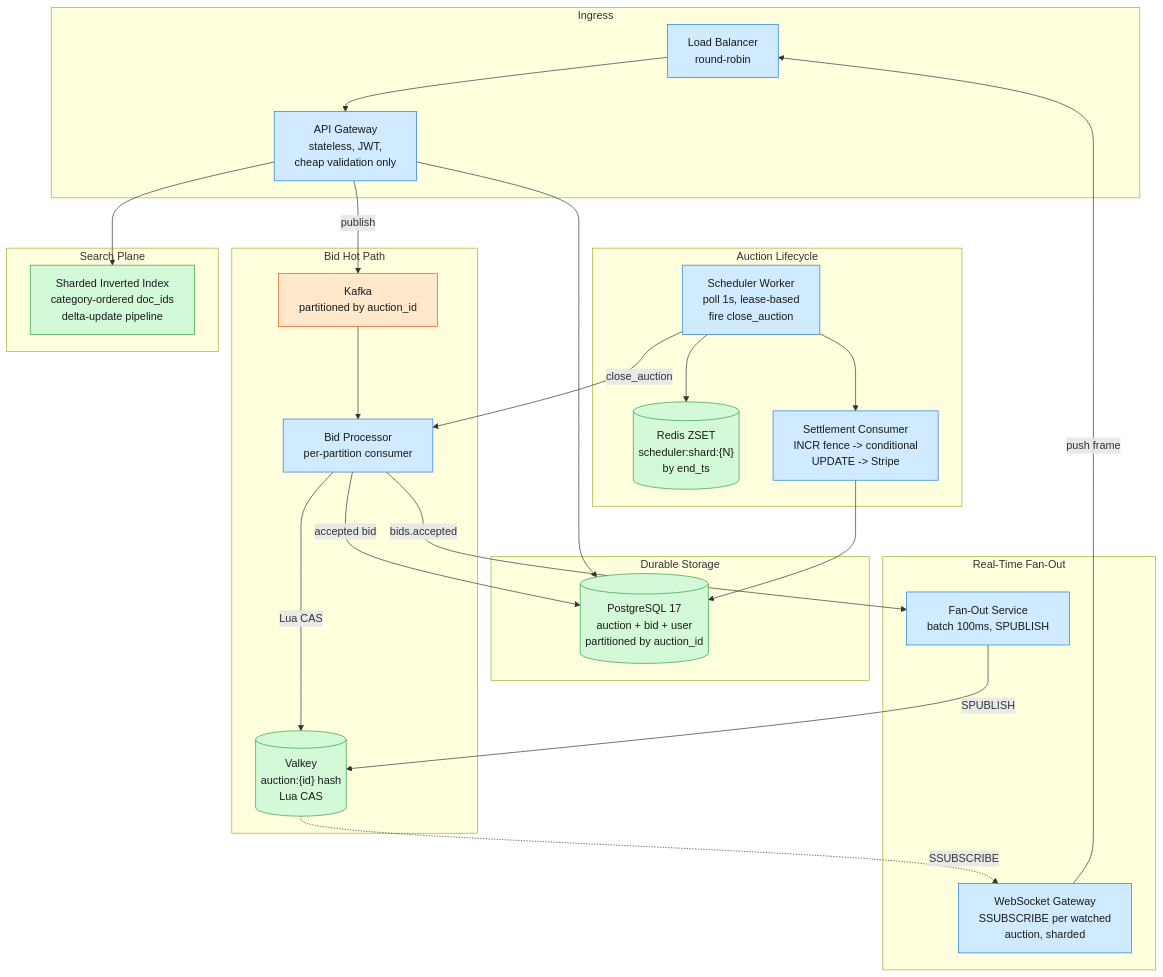
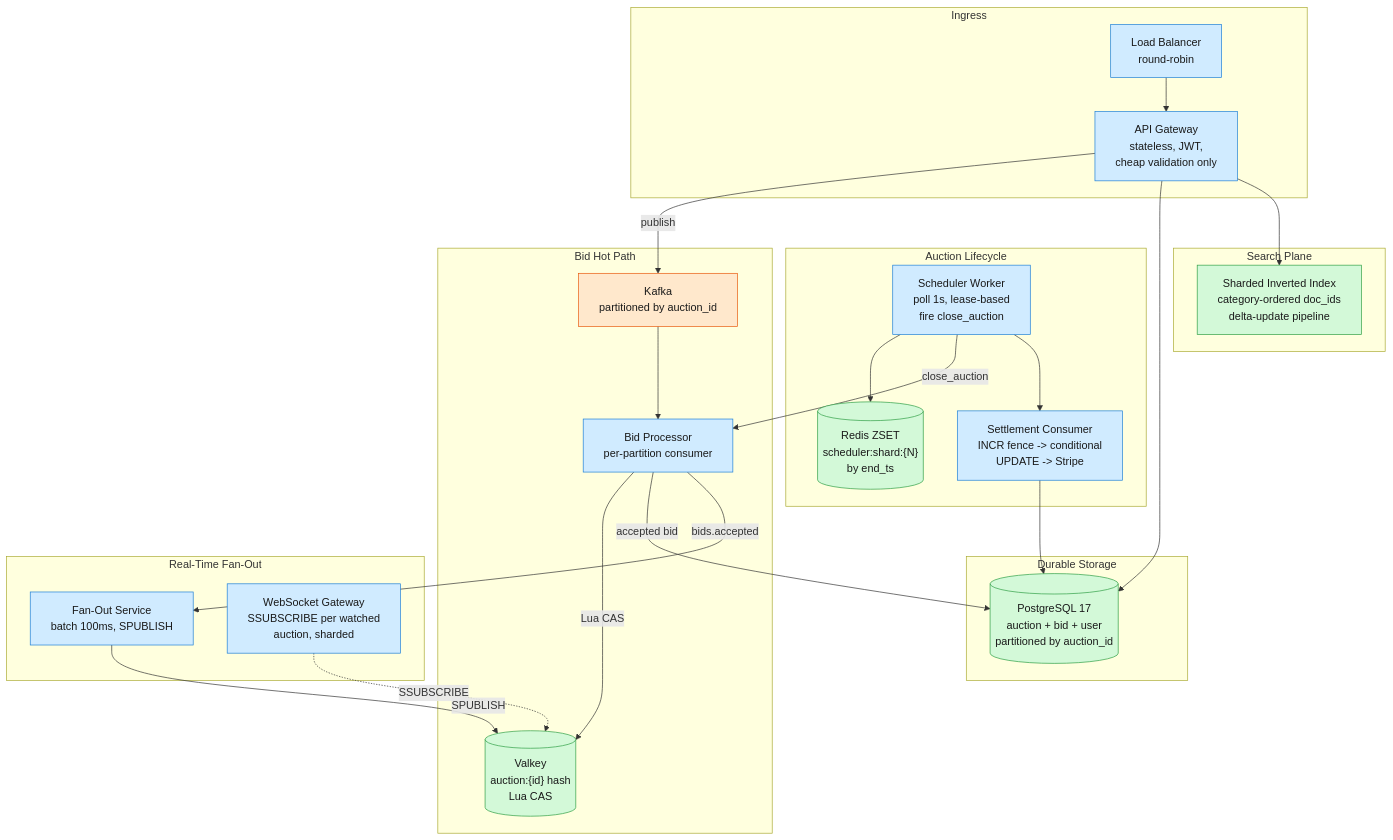
One commit to iliazlobin/iliazlobin.github.io changed the second of 2 diagrams in _posts/2026-07-01-online-auction.md. Above: the diagram before and after it, drawn with Mermaid. The commit also changed other lines of this file, not shown here.

````diff
--- a/_posts/2026-07-01-online-auction.md
+++ b/_posts/2026-07-01-online-auction.md
@@ -115,57 +117,56 @@
 ```mermaid
 graph TB
     subgraph Ingress["Ingress"]
         LB["Load Balancer<br/>round-robin"]
         API["API Gateway<br/>stateless, JWT,<br/>cheap validation only"]
     end
 
     subgraph HotPath["Bid Hot Path"]
         K["Kafka<br/>partitioned by auction_id"]
         BP["Bid Processor<br/>per-partition consumer"]
         VK[("Valkey<br/>auction:{id} hash<br/>Lua CAS")]
     end
 
     subgraph Storage["Durable Storage"]
         PG[("PostgreSQL 17<br/>auction + bid + user<br/>partitioned by auction_id")]
     end
 
     subgraph FanOut["Real-Time Fan-Out"]
         FO["Fan-Out Service<br/>batch 100ms, SPUBLISH"]
         WS["WebSocket Gateway<br/>SSUBSCRIBE per watched<br/>auction, sharded"]
     end
 
     subgraph Lifecycle["Auction Lifecycle"]
         SCH[("Redis ZSET<br/>scheduler:shard:{N}<br/>by end_ts")]
         SCW["Scheduler Worker<br/>poll 1s, lease-based<br/>fire close_auction"]
         SET["Settlement Consumer<br/>INCR fence -> conditional<br/>UPDATE -> Stripe"]
     end
 
     subgraph Search["Search Plane"]
         IX["Sharded Inverted Index<br/>category-ordered doc_ids<br/>delta-update pipeline"]
     end
 
     LB --> API
     API -->|publish| K
     K --> BP
     BP -->|Lua CAS| VK
     BP -->|accepted bid| PG
     BP -->|bids.accepted| FO
     FO -->|SPUBLISH| VK
-    VK -.->|SSUBSCRIBE| WS
-    WS -->|push frame| LB
+    WS -.->|SSUBSCRIBE| VK
     API --> PG
     API --> IX
     SCW --> SCH
     SCW -->|close_auction| BP
     SCW --> SET
     SET --> PG
 
     classDef edge fill:#fff3bf,stroke:#f08c00,color:#1a1a1a;
     classDef svc fill:#d0ebff,stroke:#1c7ed6,color:#1a1a1a;
     classDef store fill:#d3f9d8,stroke:#2f9e44,color:#1a1a1a;
     classDef async fill:#ffe8cc,stroke:#e8590c,color:#1a1a1a;
 
     class LB,API,BP,FO,WS,SCW,SET svc;
     class VK,PG,SCH,IX store;
     class K async;
 ```
````
